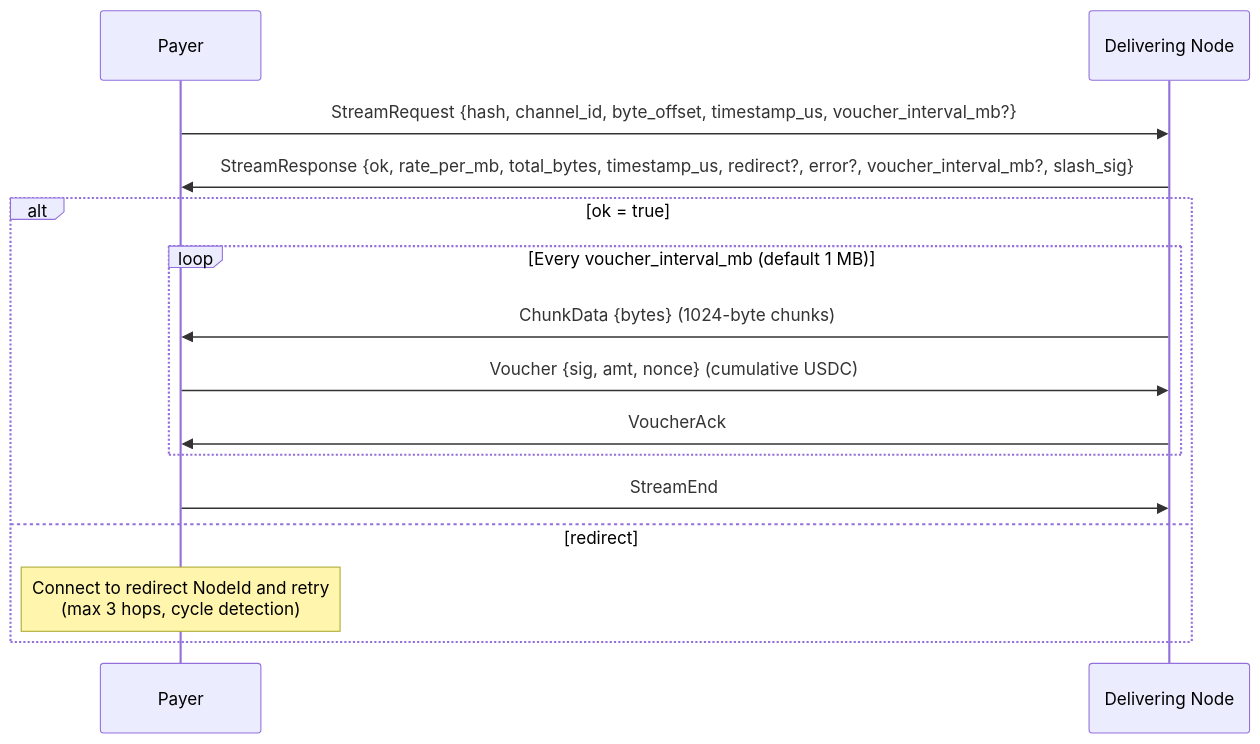
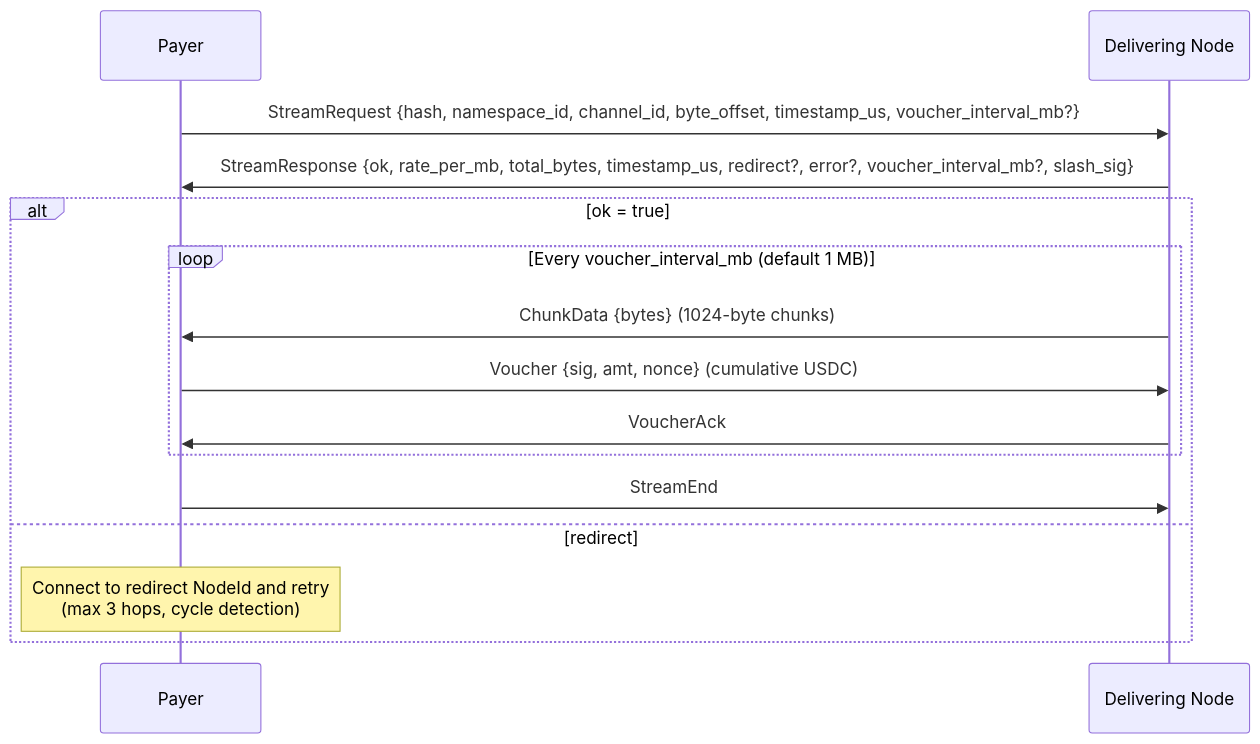
Before and after one commit to decdn/decdn: the second of 3 diagrams in adr/005-protocol.md, drawn with Mermaid. The commit also changed other lines of this file and 14 other files, not shown here.

First line of the commit message:
docs(adr): namespace-as-origin-addressing, drop per-hash claims and default-open allow-list (#1395)

````diff
--- a/adr/005-protocol.md
+++ b/adr/005-protocol.md
@@ -116,19 +116,19 @@
 ```mermaid
 sequenceDiagram
     participant P as Payer
     participant D as Delivering Node
 
-    P->>D: StreamRequest {hash, channel_id, byte_offset, timestamp_us, voucher_interval_mb?}
+    P->>D: StreamRequest {hash, namespace_id, channel_id, byte_offset, timestamp_us, voucher_interval_mb?}
     D->>P: StreamResponse {ok, rate_per_mb, total_bytes, timestamp_us, redirect?, error?, voucher_interval_mb?, slash_sig}
 
     alt ok = true
         loop Every voucher_interval_mb (default 1 MB)
             D->>P: ChunkData {bytes} (1024-byte chunks)
             P->>D: Voucher {sig, amt, nonce} (cumulative USDC)
             D->>P: VoucherAck
         end
         P->>D: StreamEnd
     else redirect
         Note over P: Connect to redirect NodeId and retry<br/>(max 3 hops, cycle detection)
     end
 ```
````
